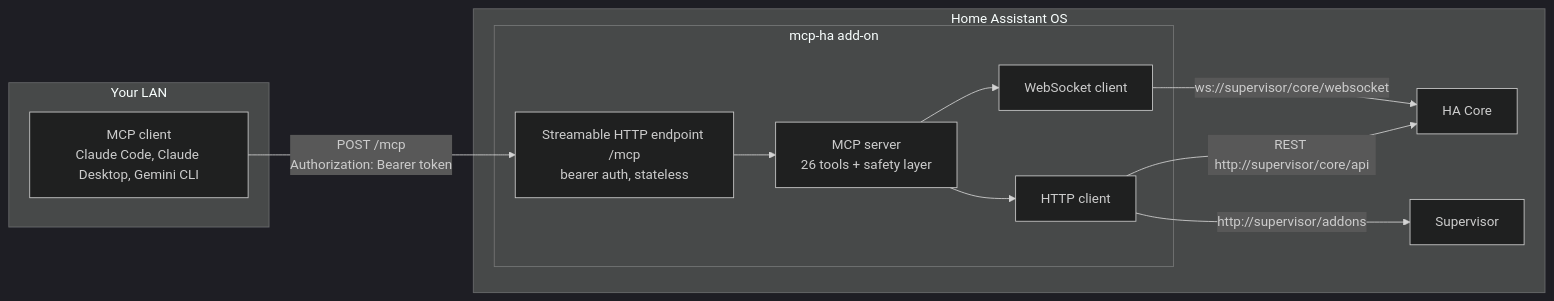
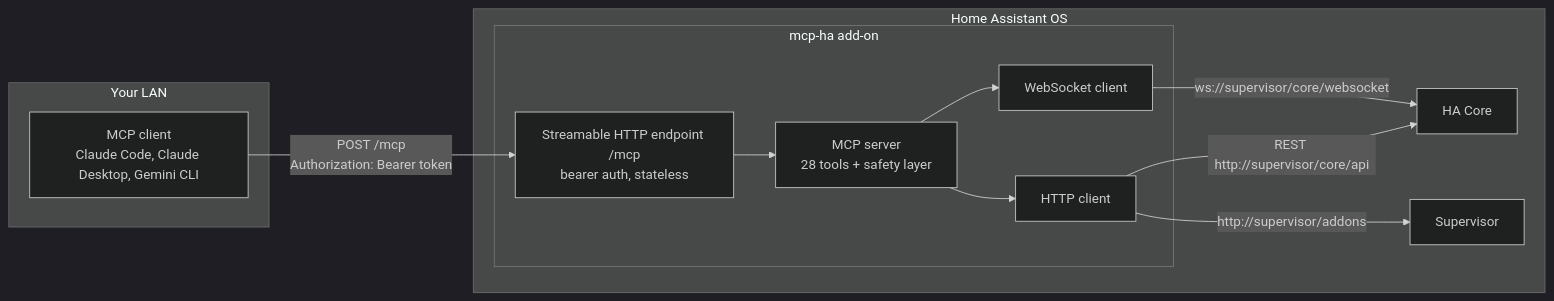
Before and after one commit to Devitek/mcp-ha: the first of 3 diagrams in docs/reference/architecture.md, drawn with Mermaid (dark theme). The commit also changed 20 other files, not shown here.

````diff
--- a/docs/reference/architecture.md
+++ b/docs/reference/architecture.md
@@ -7,23 +7,23 @@
 ```mermaid
 flowchart LR
   subgraph lan["Your LAN"]
     C["MCP client<br/>Claude Code, Claude Desktop, Gemini CLI"]
   end
   subgraph haos["Home Assistant OS"]
     subgraph addon["mcp-ha add-on"]
       T["Streamable HTTP endpoint /mcp<br/>bearer auth, stateless"]
-      S["MCP server<br/>26 tools + safety layer"]
+      S["MCP server<br/>28 tools + safety layer"]
       W["WebSocket client"]
       H["HTTP client"]
       T --> S
       S --> W
       S --> H
     end
     CORE["HA Core"]
     SUP["Supervisor"]
     W -->|"ws://supervisor/core/websocket"| CORE
     H -->|"REST http://supervisor/core/api"| CORE
     H -->|"http://supervisor/addons"| SUP
   end
   C -->|"POST /mcp<br/>Authorization: Bearer token"| T
 ```
````
